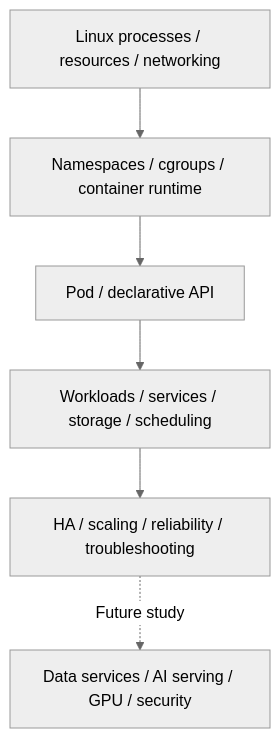
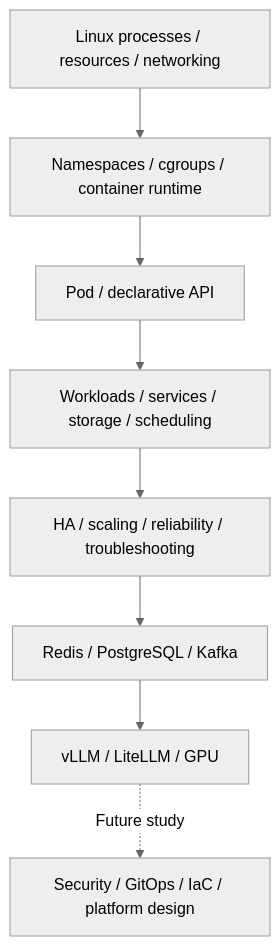
Before and after one commit to nohdol97/work-handbook: the diagram in docs/en/platform-infrastructure/index.md, drawn with Mermaid (neutral theme). The commit also changed other lines of this file and 29 other files, not shown here.

````diff
--- a/docs/en/platform-infrastructure/index.md
+++ b/docs/en/platform-infrastructure/index.md
@@ -19,8 +40,10 @@
 ```mermaid
 flowchart TD
   Linux[Linux processes / resources / networking] --> Container[Namespaces / cgroups / container runtime]
   Container --> Pod[Pod / declarative API]
   Pod --> Workload[Workloads / services / storage / scheduling]
   Workload --> Operations[HA / scaling / reliability / troubleshooting]
-  Operations -. Future study .-> Serving[Data services / AI serving / GPU / security]
+  Operations --> Services[Redis / PostgreSQL / Kafka]
+  Services --> Serving[vLLM / LiteLLM / GPU]
+  Serving -. Future study .-> Security[Security / GitOps / IaC / platform design]
 ```
````
